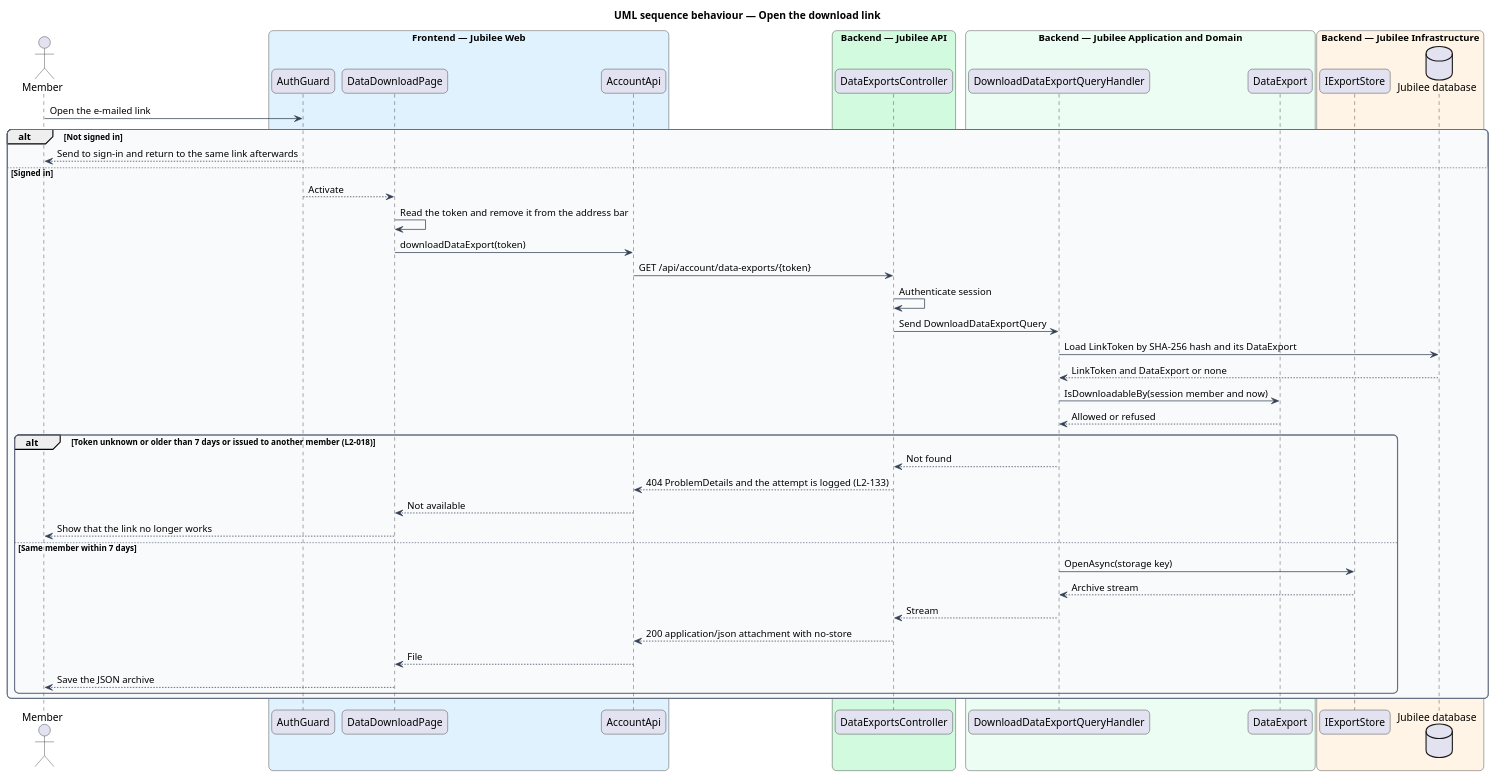
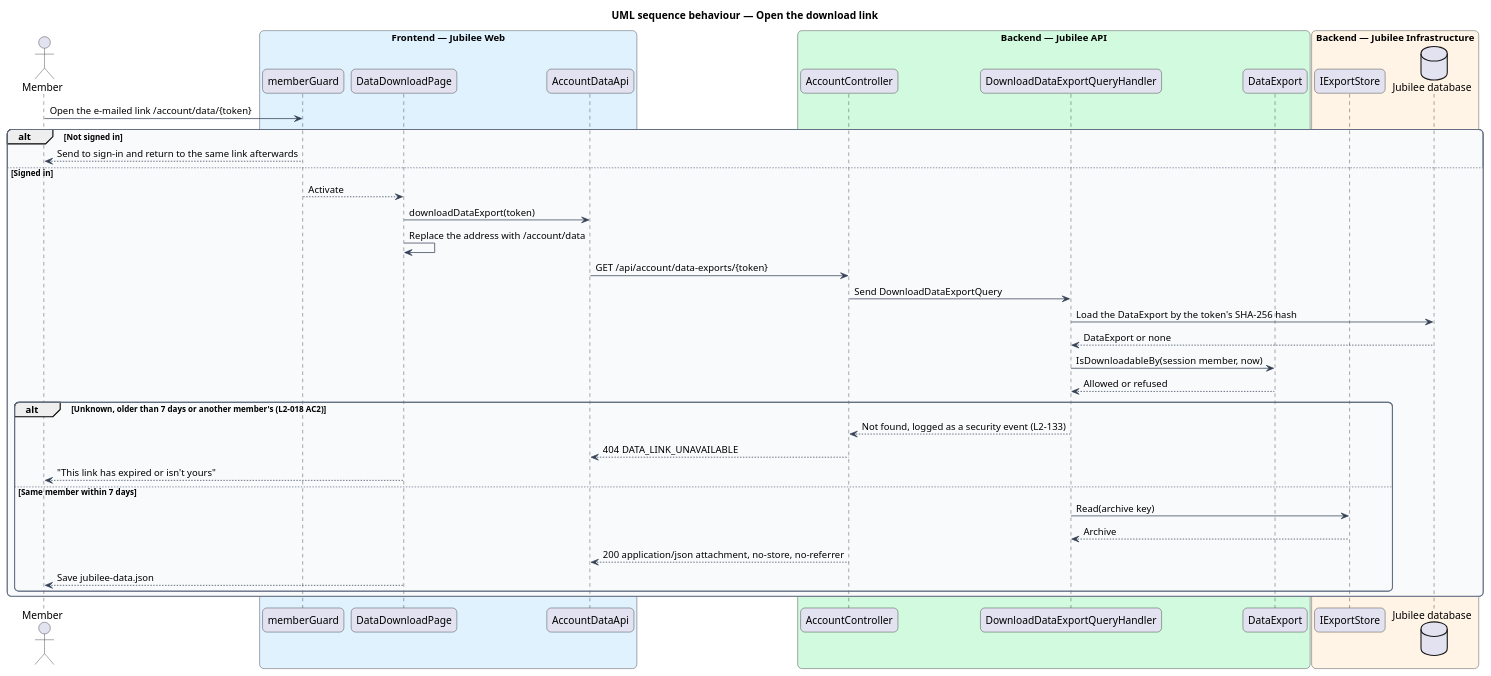
One commit to QuinntyneBrown/jubilee changed the diagram in docs/detailed-designs/accounts/download-data/diagrams/sequence-open-download-link.puml. Above: the diagram before and after it, drawn with PlantUML. The commit also changed 51 other files, not shown here.

First line of the commit message:
Journey 26: requirements, ADR 0069, designs and mocks for download data and delete account

```diff
--- a/docs/detailed-designs/accounts/download-data/diagrams/sequence-open-download-link.puml
+++ b/docs/detailed-designs/accounts/download-data/diagrams/sequence-open-download-link.puml
@@ -1,64 +1,57 @@
 @startuml
 title UML sequence behaviour — Open the download link
 skinparam backgroundColor #FFFFFF
 skinparam shadowing false
 skinparam roundcorner 12
 skinparam defaultFontName Arial
 skinparam ArrowColor #344054
 skinparam rectangle {
   BorderColor #344054
   FontColor #101828
 }
 skinparam package {
   BorderColor #667085
   FontColor #101828
   BackgroundColor #F9FAFB
 }
 
-
 actor "Member" as actor
 box "Frontend — Jubilee Web" #E0F2FE
-  participant "AuthGuard" as guard
+  participant "memberGuard" as guard
   participant "DataDownloadPage" as page
-  participant "AccountApi" as client
+  participant "AccountDataApi" as client
 end box
 box "Backend — Jubilee API" #D1FADF
-  participant "DataExportsController" as controller
-end box
-box "Backend — Jubilee Application and Domain" #ECFDF3
+  participant "AccountController" as controller
   participant "DownloadDataExportQueryHandler" as handler
   participant "DataExport" as export
 end box
 box "Backend — Jubilee Infrastructure" #FFF4E5
   participant "IExportStore" as store
   database "Jubilee database" as db
 end box
-actor -> guard : Open the e-mailed link
+actor -> guard : Open the e-mailed link /account/data/{token}
 alt Not signed in
   guard --> actor : Send to sign-in and return to the same link afterwards
 else Signed in
   guard --> page : Activate
-  page -> page : Read the token and remove it from the address bar
   page -> client : downloadDataExport(token)
+  page -> page : Replace the address with /account/data
   client -> controller : GET /api/account/data-exports/{token}
-  controller -> controller : Authenticate session
   controller -> handler : Send DownloadDataExportQuery
-  handler -> db : Load LinkToken by SHA-256 hash and its DataExport
-  db --> handler : LinkToken and DataExport or none
-  handler -> export : IsDownloadableBy(session member and now)
+  handler -> db : Load the DataExport by the token's SHA-256 hash
+  db --> handler : DataExport or none
+  handler -> export : IsDownloadableBy(session member, now)
   export --> handler : Allowed or refused
-  alt Token unknown or older than 7 days or issued to another member (L2-018)
-    handler --> controller : Not found
-    controller --> client : 404 ProblemDetails and the attempt is logged (L2-133)
-    client --> page : Not available
-    page --> actor : Show that the link no longer works
+  alt Unknown, older than 7 days or another member's (L2-018 AC2)
+    handler --> controller : Not found, logged as a security event (L2-133)
+    controller --> client : 404 DATA_LINK_UNAVAILABLE
+    page --> actor : "This link has expired or isn't yours"
   else Same member within 7 days
-    handler -> store : OpenAsync(storage key)
-    store --> handler : Archive stream
-    handler --> controller : Stream
-    controller --> client : 200 application/json attachment with no-store
-    client --> page : File
-    page --> actor : Save the JSON archive
+    handler -> store : Read(archive key)
+    store --> handler : Archive
+    controller --> client : 200 application/json attachment, no-store, no-referrer
+    page --> actor : Save jubilee-data.json
   end
 end
 @enduml
```
